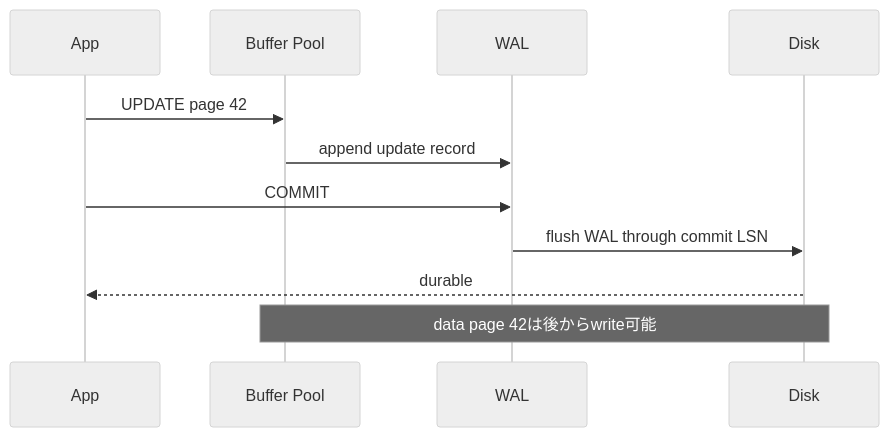
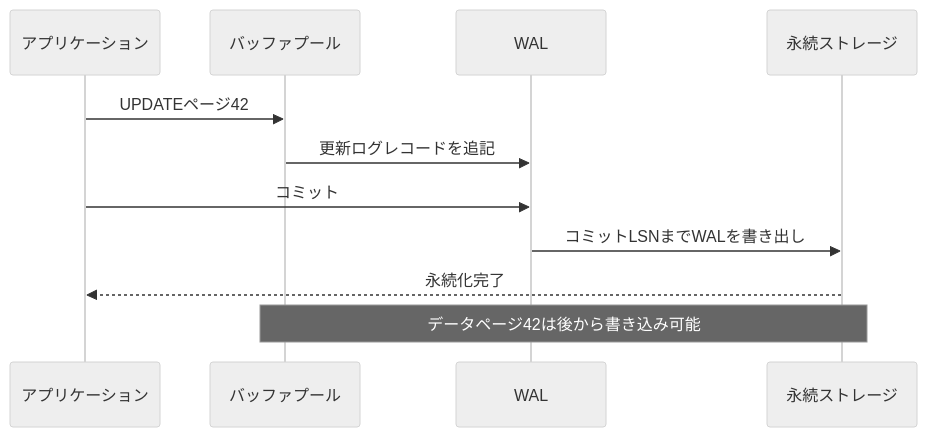
One commit to hirunebot/database-systems-book changed the first of 6 diagrams in src/content/docs/04-transactions/12-wal-recovery.md. Above: the diagram before and after it, drawn with Mermaid (neutral theme). The commit also changed other lines of this file and 42 other files, not shown here.

````diff
--- a/src/content/docs/04-transactions/12-wal-recovery.md
+++ b/src/content/docs/04-transactions/12-wal-recovery.md
@@ -47,14 +47,14 @@
 ```mermaid
 sequenceDiagram
-    participant App
-    participant BP as Buffer Pool
+    participant App as アプリケーション
+    participant BP as バッファプール
     participant WAL
-    participant Disk
+    participant Disk as 永続ストレージ
 
-    App->>BP: UPDATE page 42
-    BP->>WAL: append update record
-    App->>WAL: COMMIT
-    WAL->>Disk: flush WAL through commit LSN
-    Disk-->>App: durable
-    Note over BP,Disk: data page 42は後からwrite可能
+    App->>BP: UPDATEページ42
+    BP->>WAL: 更新ログレコードを追記
+    App->>WAL: コミット
+    WAL->>Disk: コミットLSNまでWALを書き出し
+    Disk-->>App: 永続化完了
+    Note over BP,Disk: データページ42は後から書き込み可能
 ```
````
